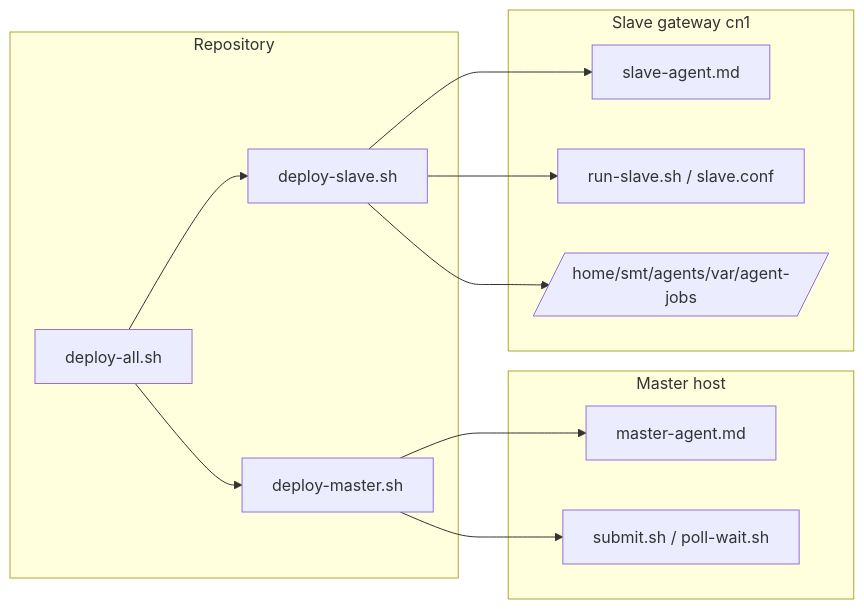
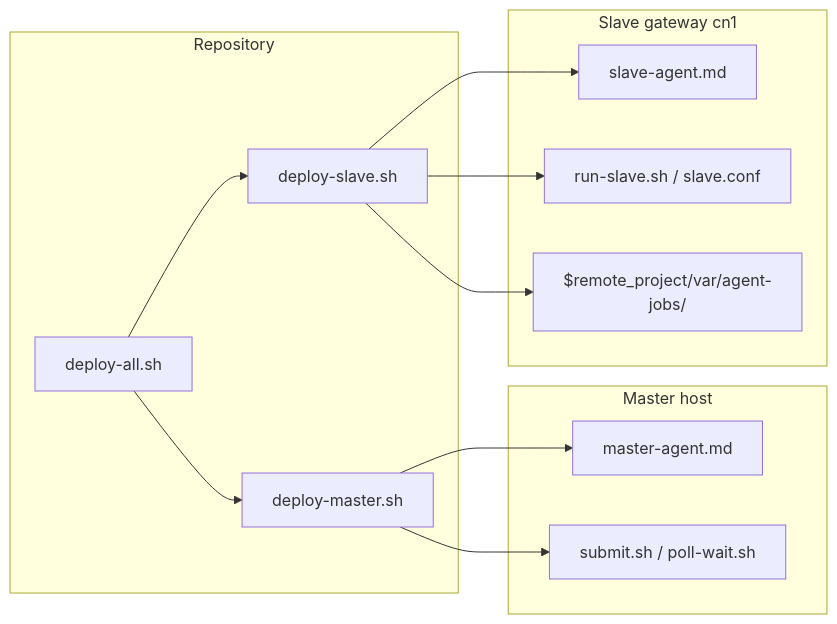
One commit to voidspiral/ClusterHelm changed the third of 4 diagrams in docs/architecture.md. Above: the diagram before and after it, drawn with Mermaid. The commit also changed other lines of this file and 40 other files, not shown here.

First line of the commit message:
Require gateway paths from master.conf remote_project instead of a hardcoded home.

````diff
--- a/docs/architecture.md
+++ b/docs/architecture.md
@@ -109,27 +109,27 @@
 ```mermaid
 flowchart LR
   subgraph Repo["Repository"]
     DA[deploy-all.sh]
     DM[deploy-master.sh]
     DS[deploy-slave.sh]
   end
 
   subgraph MasterHost["Master host"]
     MOC[master-agent.md]
     MJ[submit.sh / poll-wait.sh]
   end
 
   subgraph Cn1["Slave gateway cn1"]
     SOC[slave-agent.md]
     RJ[run-slave.sh / slave.conf]
-    JD[/home/smt/agents/var/agent-jobs/]
+    JD[$remote_project/var/agent-jobs/]
   end
 
   DA --> DM
   DA --> DS
   DM --> MOC
   DM --> MJ
   DS --> SOC
   DS --> RJ
   DS --> JD
 ```
````
